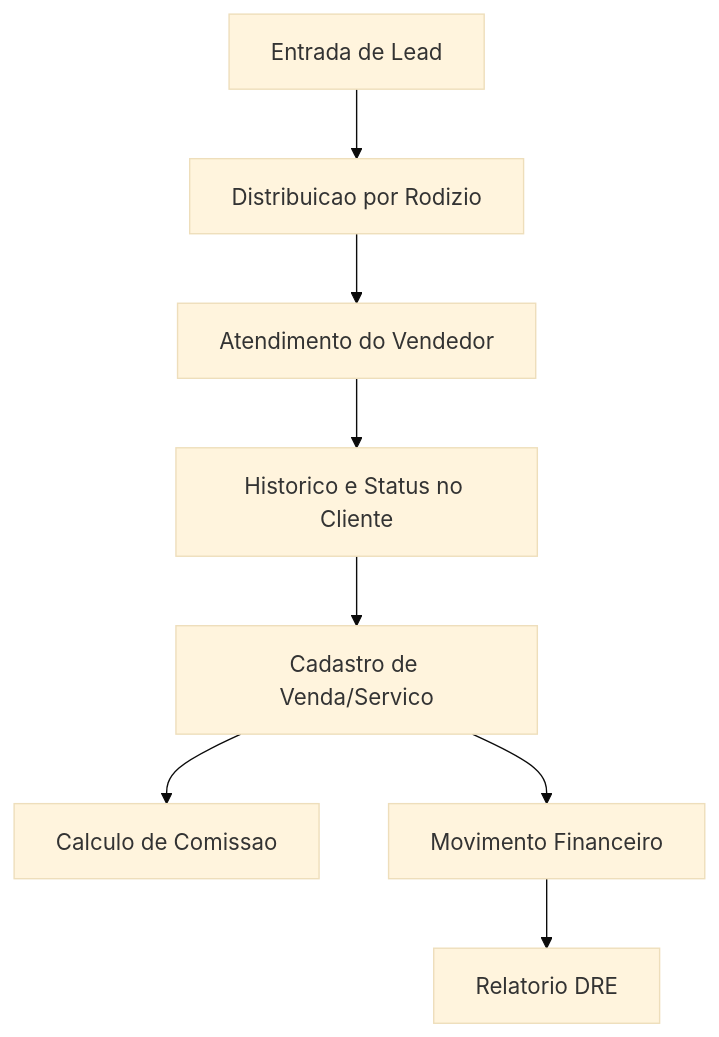
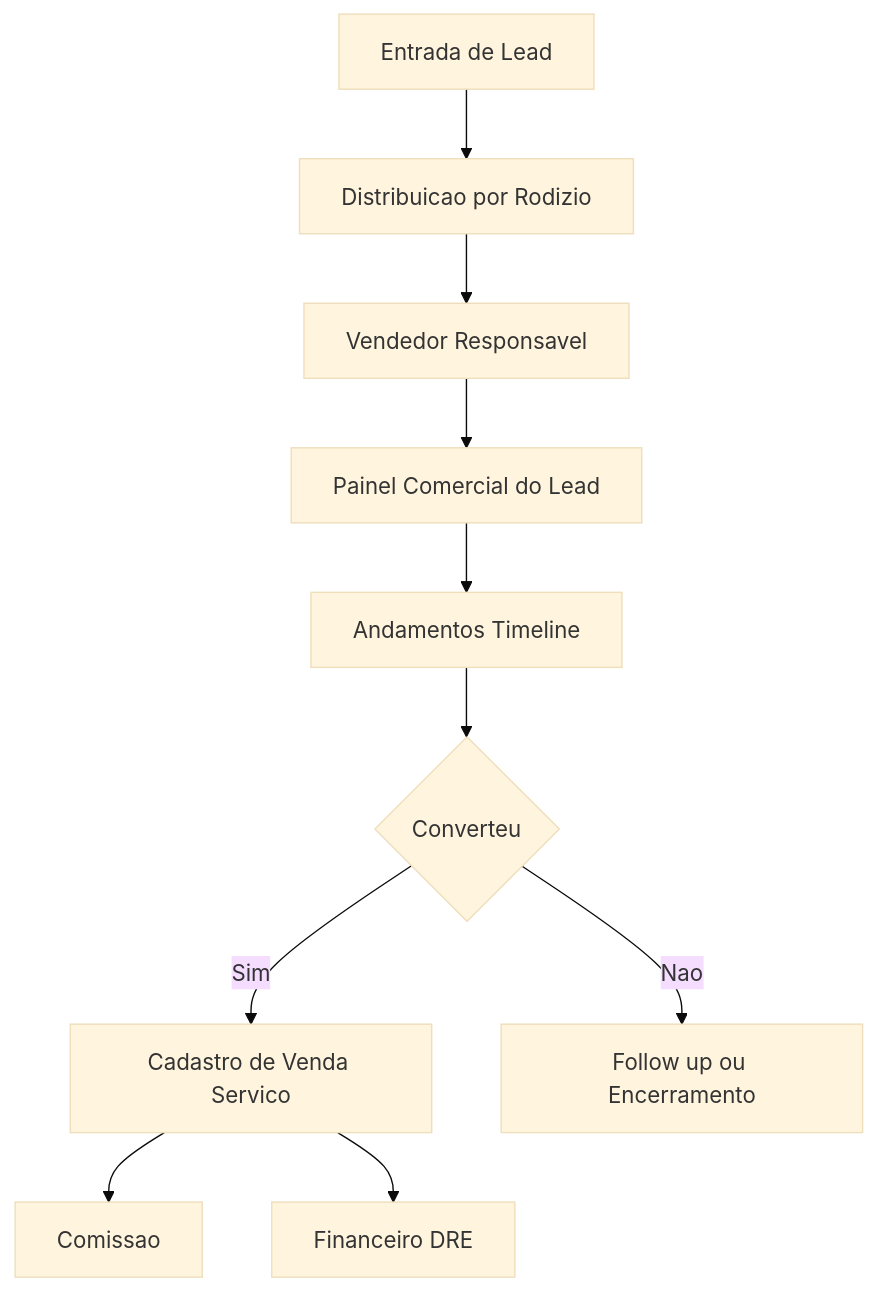
Before and after one commit to brunospagi/Gerenciador-Leads: the second of 7 diagrams in docs/11-diagramas.md, drawn with Mermaid (base theme). The commit also changed other lines of this file and 13 other files, not shown here.

Commit message:
Atualiza documentacao tecnica, diagramas e resumo executivo

````diff
--- a/docs/11-diagramas.md
+++ b/docs/11-diagramas.md
@@ -17,10 +17,12 @@
 ```mermaid
 flowchart TD
-    A["Entrada de Lead"] --> B["Distribuicao por Rodizio"]
-    B --> C["Atendimento do Vendedor"]
-    C --> D["Historico e Status no Cliente"]
-    D --> E["Cadastro de Venda/Servico"]
-    E --> F["Calculo de Comissao"]
-    E --> G["Movimento Financeiro"]
-    G --> H["Relatorio DRE"]
+    A[Entrada de Lead] --> B[Distribuicao por Rodizio]
+    B --> C[Vendedor Responsavel]
+    C --> D[Painel Comercial do Lead]
+    D --> E[Andamentos Timeline]
+    E --> F{Converteu}
+    F -->|Sim| G[Cadastro de Venda Servico]
+    F -->|Nao| H[Follow up ou Encerramento]
+    G --> I[Comissao]
+    G --> J[Financeiro DRE]
 ```
````
